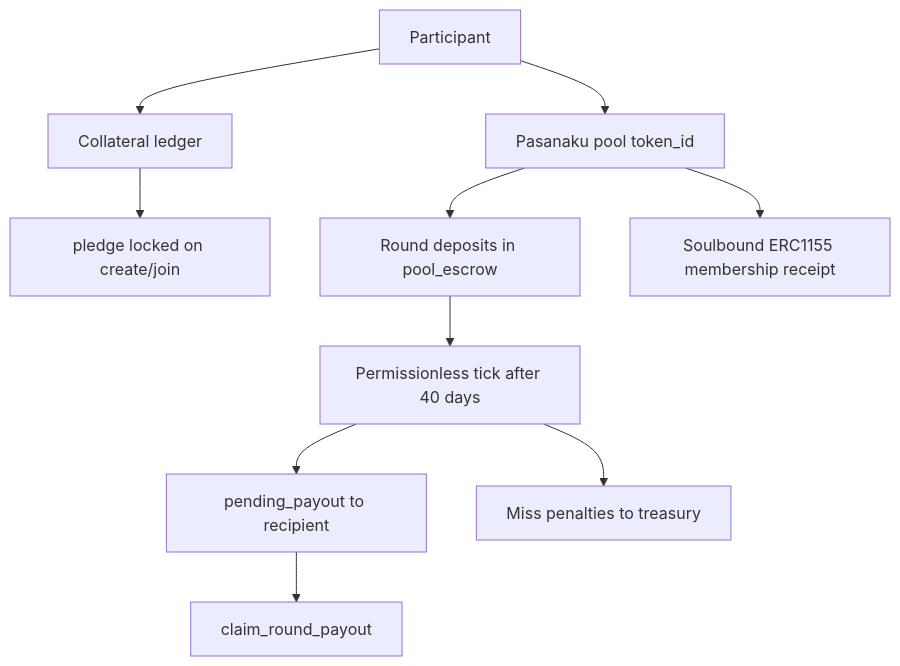
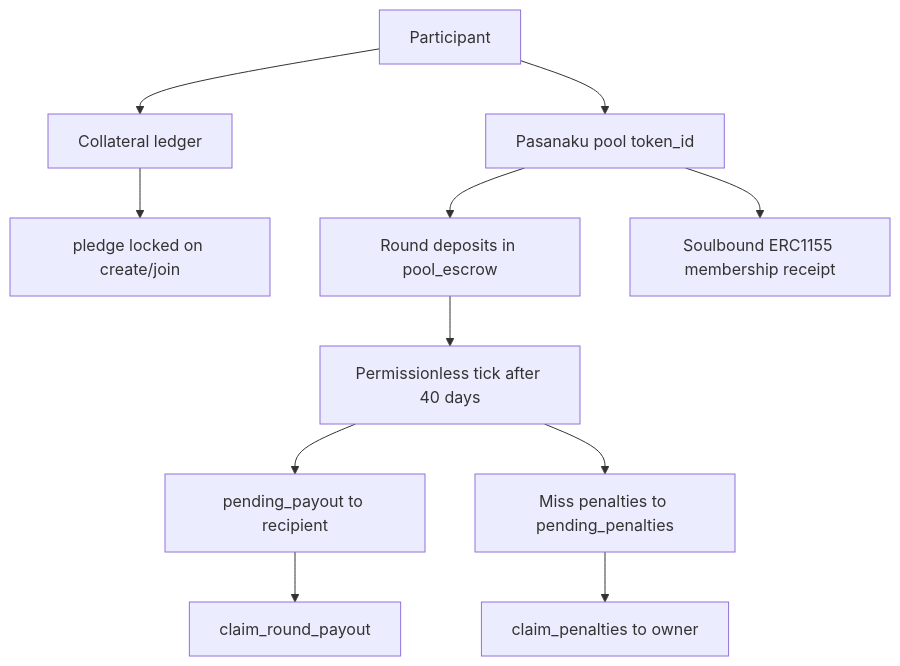
Before and after one commit to PasanakuOnchain/core-v2: the first of 2 diagrams in docs/whitepaper.md, drawn with Mermaid. The commit also changed other lines of this file and 14 other files, not shown here.

Commit message:
Fix leave order preservation and pull-claim miss penalties

````diff
--- a/docs/whitepaper.md
+++ b/docs/whitepaper.md
@@ -51,12 +51,13 @@
 ```mermaid
 flowchart TB
     User[Participant] --> Collateral[Collateral ledger]
     User --> Pool[Pasanaku pool token_id]
     Collateral --> Pledge[pledge locked on create/join]
     Pool --> Deposits[Round deposits in pool_escrow]
     Deposits --> Tick[Permissionless tick after 40 days]
     Tick --> Payout[pending_payout to recipient]
-    Tick --> Penalty[Miss penalties to treasury]
+    Tick --> Penalty[Miss penalties to pending_penalties]
     Payout --> Claim[claim_round_payout]
+    Penalty --> ClaimPen[claim_penalties to owner]
     Pool --> NFT[Soulbound ERC1155 membership receipt]
 ```
````
